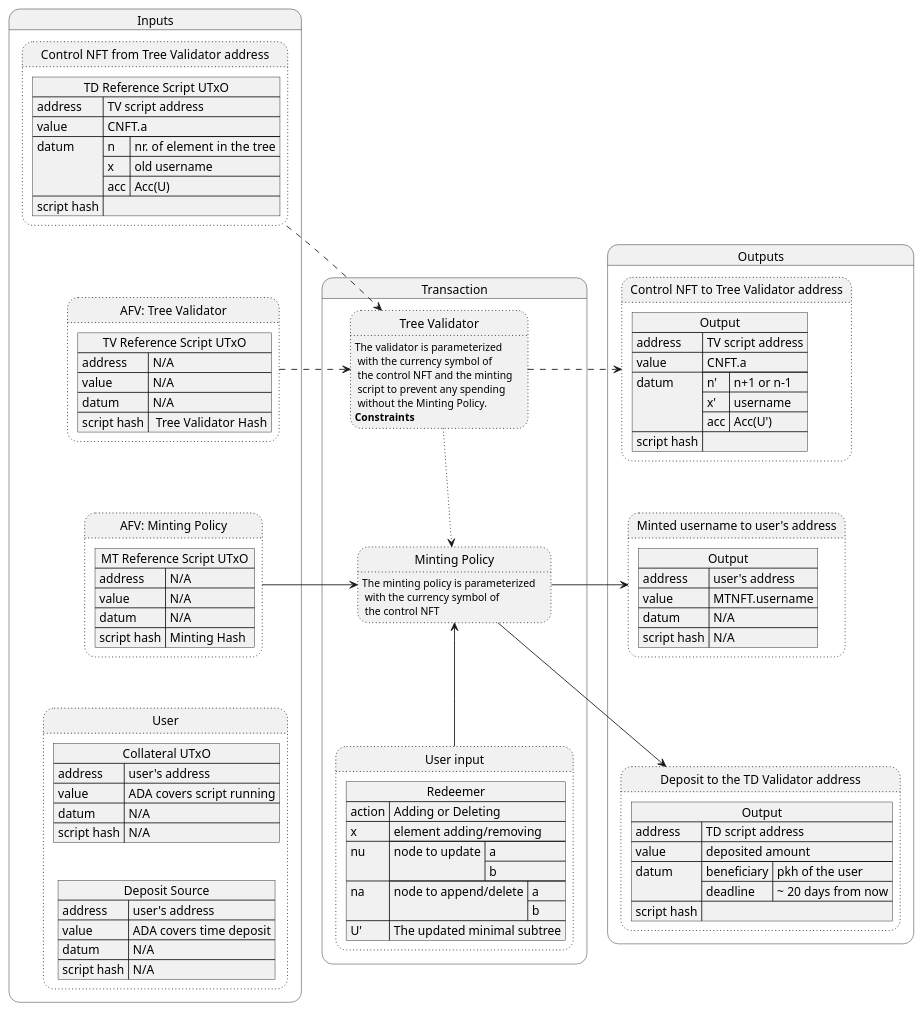
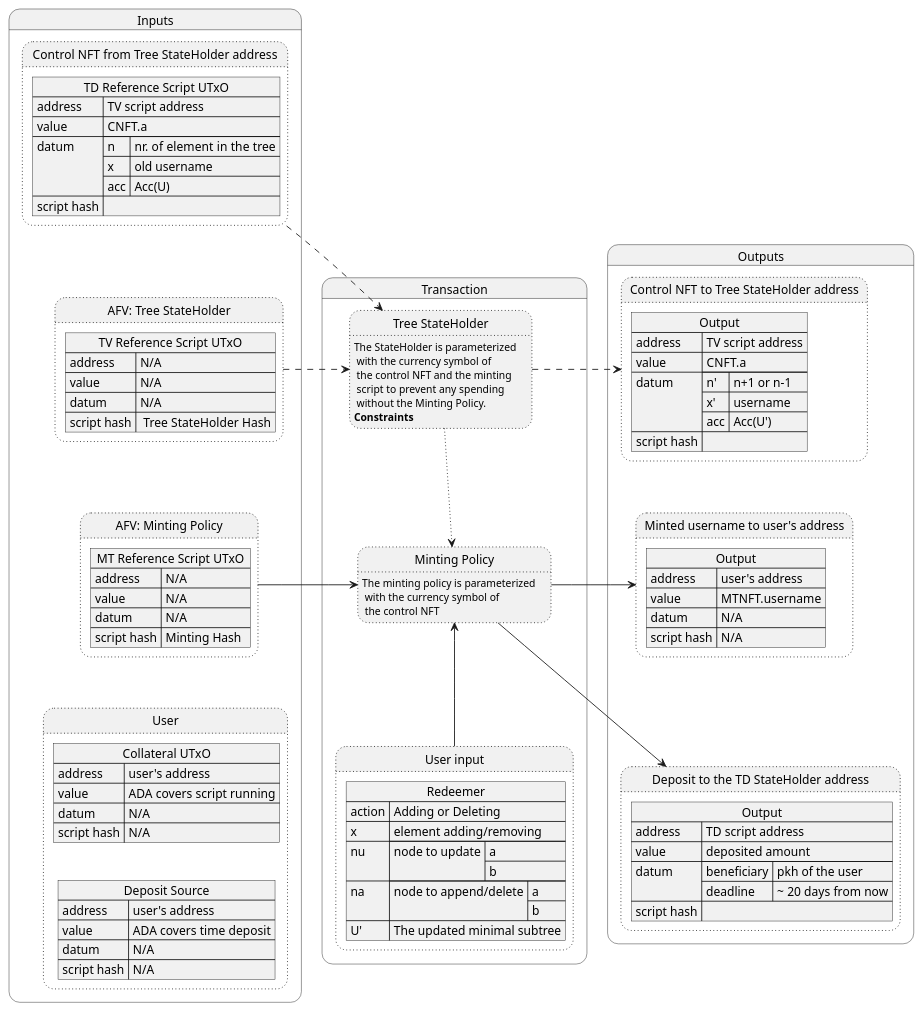
Before and after one commit to ilap/adatag: the diagram in plutus-dapp/docs/diagrams/complex_minting.plantuml, drawn with PlantUML. The commit also changed 25 other files, not shown here.

```diff
--- a/plutus-dapp/docs/diagrams/complex_minting.plantuml
+++ b/plutus-dapp/docs/diagrams/complex_minting.plantuml
@@ -1,124 +1,124 @@
 @startuml "@datag minting"
 state "Inputs" as stateI {
     state IU as "User" #line.dotted {
         json "Collateral UTxO" as JU1 {
         "address": "user's address",
         "value":"ADA covers script running",
         "datum": "N/A",
         "script hash": "N/A"
         }
         json "Deposit Source" as JU2 {
         "address": "user's address",
         "value":"ADA covers time deposit",
         "datum": "N/A",
         "script hash": "N/A"
         }
     }
-    state ITV2 as  "Control NFT from Tree Validator address" #line.dotted {
+    state ITV2 as  "Control NFT from Tree StateHolder address" #line.dotted {
         json "TD Reference Script UTxO" as JTV2 {
         "address": "TV script address",
         "value":"CNFT.a",
         "datum": {"n":"nr. of element in the tree","x": "old username","acc":"Acc(U)"},
         "script hash": ""
         }
     }    
     state IMP as "AFV: Minting Policy" #line.dotted {
         json "MT Reference Script UTxO" as JMT1 {
         "address": "N/A",
         "value":"N/A",
         "datum": "N/A",
         "script hash": "Minting Hash"
         }
     } 
-    state ITV as "AFV: Tree Validator" #line.dotted {
+    state ITV as "AFV: Tree StateHolder" #line.dotted {
         json "TV Reference Script UTxO" as JTV1 {
         "address": "N/A",
         "value":"N/A",
         "datum": "N/A",
-        "script hash": " Tree Validator Hash"
+        "script hash": " Tree StateHolder Hash"
         }
     }
 }
 
 state "Transaction" as stateT {
 
-    state TXTV as "Tree Validator" #line.dotted {
+    state TXTV as "Tree StateHolder" #line.dotted {
     }
     state TXMP as "Minting Policy" #line.dotted {
     }
     state TXR as "User input" #line.dotted {
        json "Redeemer" as UR {
            "action": "Adding or Deleting",
            "x": "element adding/removing",
            "nu":{"node to update": ["a","b"]},
            "na": {"node to append/delete": ["a","b"]},
            "U'": "The updated minimal subtree"
        }
     }
 }
 
 state "Outputs" as stateO {
     state OU as "Minted username to user's address" #line.dotted {    
         json "Output" as U2 {
         "address": "user's address",
         "value":"MTNFT.username",
         "datum": "N/A",
         "script hash": "N/A"
         }
     }
-    state OTV as "Control NFT to Tree Validator address" #line.dotted{
+    state OTV as "Control NFT to Tree StateHolder address" #line.dotted{
         json "Output" as TV2 {
         "address": "TV script address",
         "value":"CNFT.a",
         "datum": {"n'":"n+1 or n-1","x'": "username","acc":"Acc(U')"},
         "script hash": ""
         }
     }
-    state OTD as "Deposit to the TD Validator address" #line.dotted{
+    state OTD as "Deposit to the TD StateHolder address" #line.dotted{
         json "Output" as TD2 {
         "address": "TD script address",
         "value":"deposited amount",
         "datum": {"beneficiary": "pkh of the user","deadline":"~ 20 days from now"},
         "script hash": ""
         }
     }
    
 
    ' Inputs
    '##################################################
    JU1 -down[hidden]-> JU2
 
    IMP -up[hidden]-> ITV
    IMP -down[hidden]-> IU
 
    ITV -up[hidden]-> ITV2
 
    ITV2 -right[dashed]-> TXTV
    ITV  -right[dashed]-> TXTV
    IMP -right-> TXMP
 
    TXMP -right-> OU
    TXMP -right-> OTD
    
    ' Transactions
    '##################################################
-   TXTV: The validator is parameterized \n with the currency symbol of \n the control NFT and the minting \n script to prevent any spending \n without the Minting Policy.
+   TXTV: The StateHolder is parameterized \n with the currency symbol of \n the control NFT and the minting \n script to prevent any spending \n without the Minting Policy.
    TXTV: <b>Constraints</b>
   
    TXTV -down[dotted]-> TXMP
 
    TXMP: The minting policy is parameterized \n with the currency symbol of \n the control NFT
  
 
    TXTV -right[dashed]--> OTV
  
    'TXMP -down[hidden]-> TXR
    TXR -up-> TXMP
     
    ' Outputs
    '##################################################
    OU -up[hidden]-> OTV
    OU -down[hidden]-> OTD
    
 }
 @enduml
```
